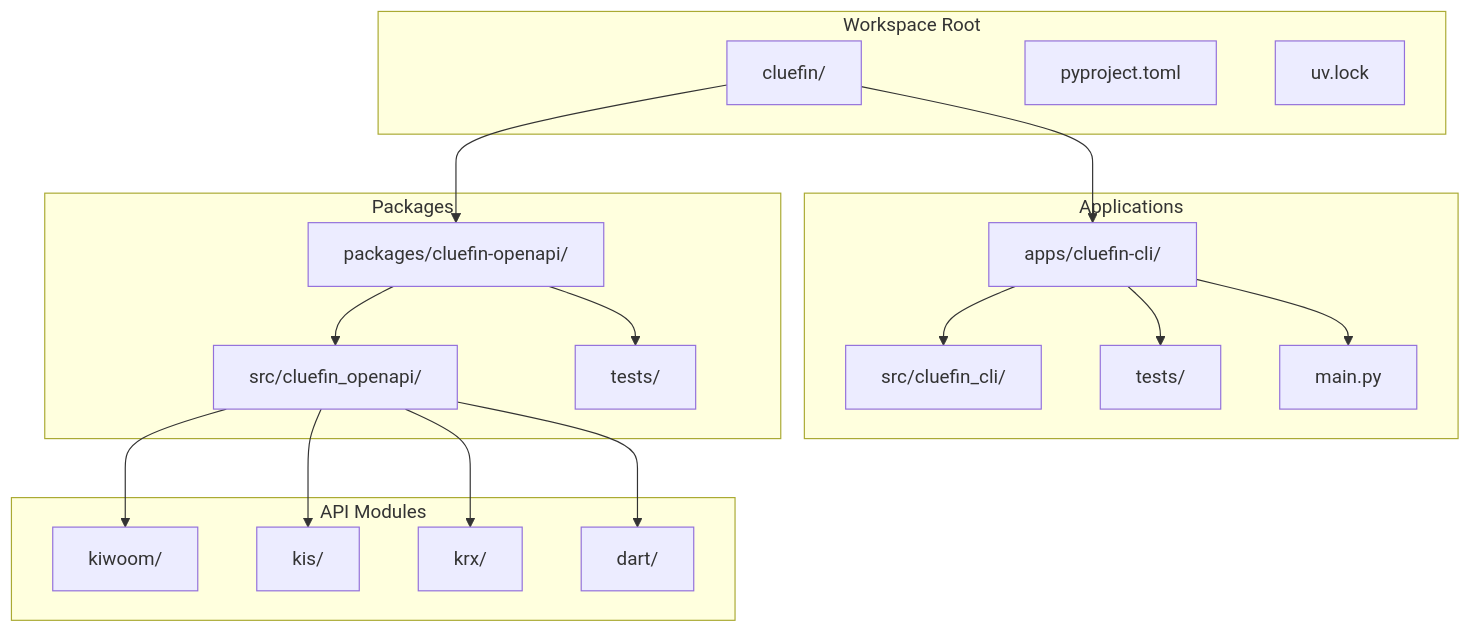
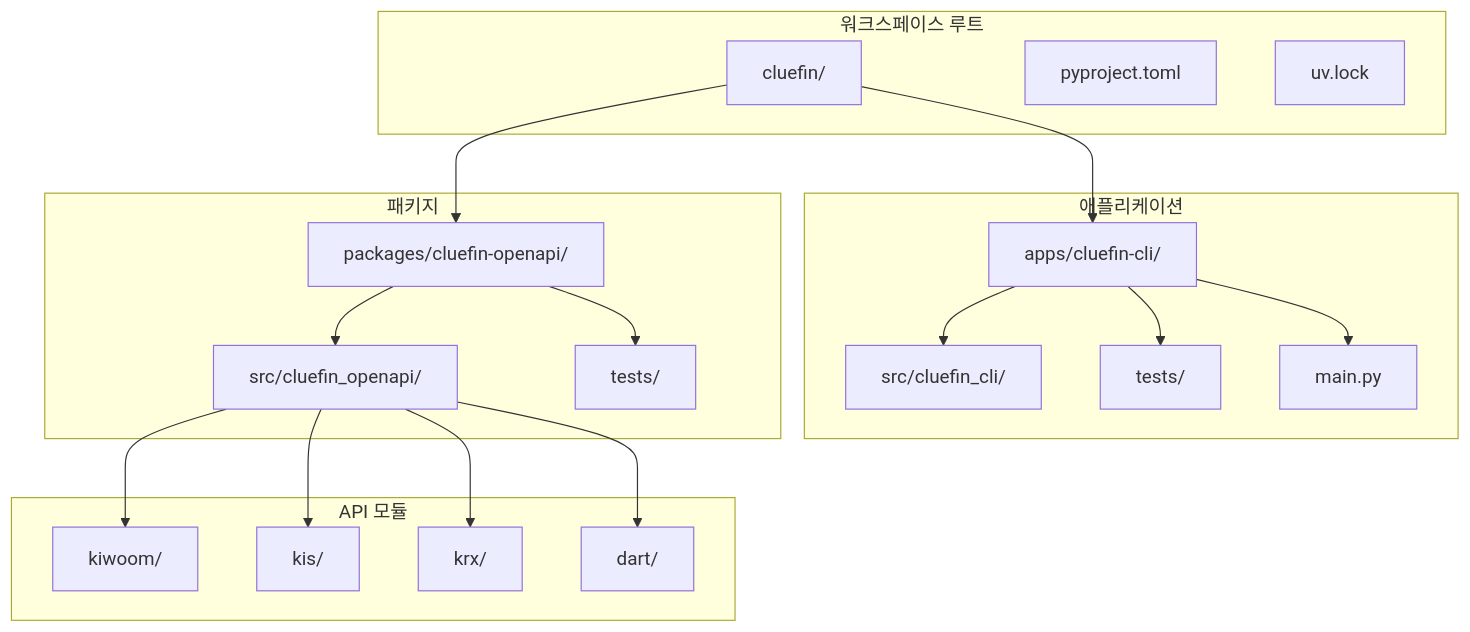
One commit to gyuha/investment-open-source-analysis changed the fourth of 4 diagrams in report/cluefin/report-claude-code-glm.md. Above: the diagram before and after it, drawn with Mermaid. The commit also changed other lines of this file and 9 other files, not shown here.

````diff
--- a/report/cluefin/report-claude-code-glm.md
+++ b/report/cluefin/report-claude-code-glm.md
@@ -383,40 +383,40 @@
 ```mermaid
 graph TD
-    subgraph "Workspace Root"
+    subgraph "워크스페이스 루트"
         Root[cluefin/]
         Config[pyproject.toml]
         Lock[uv.lock]
     end
 
-    subgraph "Applications"
+    subgraph "애플리케이션"
         CLI[apps/cluefin-cli/]
         CLISrc[src/cluefin_cli/]
         CLITests[tests/]
         CLIMain[main.py]
     end
 
-    subgraph "Packages"
+    subgraph "패키지"
         OpenAPI[packages/cluefin-openapi/]
         APISrc[src/cluefin_openapi/]
         APITests[tests/]
     end
 
-    subgraph "API Modules"
+    subgraph "API 모듈"
         Kiwoom[kiwoom/]
         KIS[kis/]
         KRX[krx/]
         DART[dart/]
     end
 
     Root --> CLI
     Root --> OpenAPI
     CLI --> CLISrc
     CLI --> CLITests
     CLI --> CLIMain
     OpenAPI --> APISrc
     OpenAPI --> APITests
     APISrc --> Kiwoom
     APISrc --> KIS
     APISrc --> KRX
     APISrc --> DART
 ```
````
